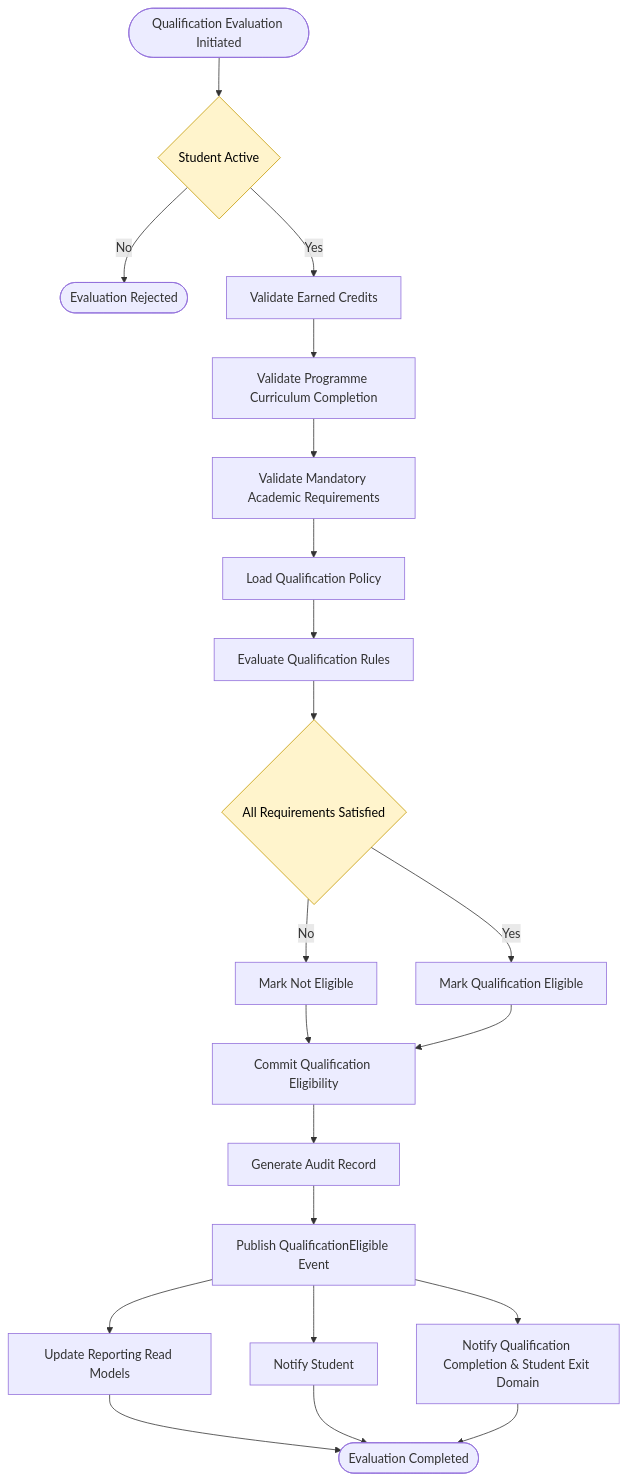
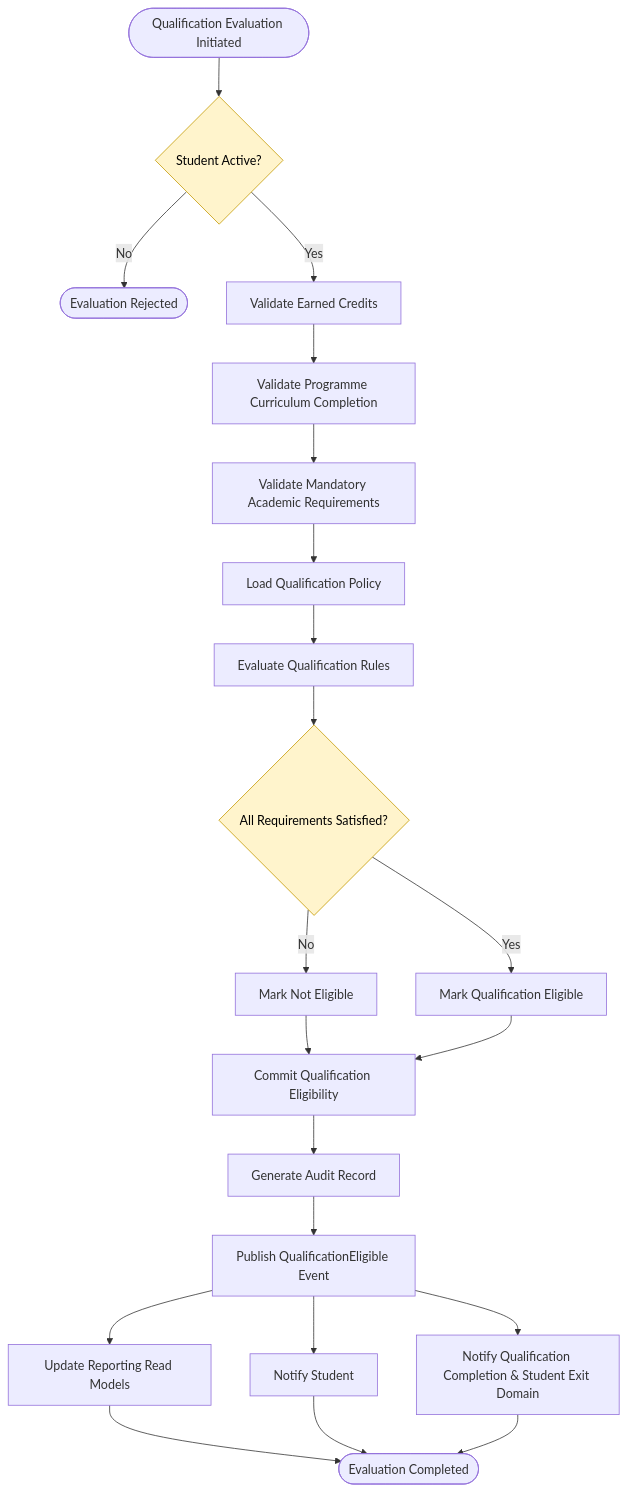
One commit to Varad1604/ERP_hark changed the sixth of 13 diagrams in architecture/L2_Domain_Workflow_Architecture/section-c/L2-C04_Student_Academic_Progression_Workflows.md. Above: the diagram before and after it, drawn with Mermaid. The commit also changed other lines of this file and 39 other files, not shown here.

````diff
--- a/architecture/L2_Domain_Workflow_Architecture/section-c/L2-C04_Student_Academic_Progression_Workflows.md
+++ b/architecture/L2_Domain_Workflow_Architecture/section-c/L2-C04_Student_Academic_Progression_Workflows.md
@@ -5445,77 +5444,77 @@
 ```mermaid
 flowchart TD
 
 %% =====================================================
 %% START
 %% =====================================================
 
 START([Qualification Evaluation Initiated])
 
-START --> STUDENT{Student Active}
+START --> STUDENT{Student Active?}
 
 STUDENT -->|No| END1([Evaluation Rejected])
 
 STUDENT -->|Yes| CREDIT
 
 %% =====================================================
 %% VALIDATIONS
 %% =====================================================
 
 CREDIT[Validate Earned Credits]
 
 CREDIT --> CURRICULUM[Validate Programme Curriculum Completion]
 
 CURRICULUM --> MANDATORY[Validate Mandatory Academic Requirements]
 
 MANDATORY --> POLICY[Load Qualification Policy]
 
 POLICY --> RULES[Evaluate Qualification Rules]
 
 %% =====================================================
 %% DECISION
 %% =====================================================
 
-RULES --> ELIGIBLE{All Requirements Satisfied}
+RULES --> ELIGIBLE{All Requirements Satisfied?}
 
 ELIGIBLE -->|No| NOTELIGIBLE[Mark Not Eligible]
 
 ELIGIBLE -->|Yes| ELIGIBLESTATUS[Mark Qualification Eligible]
 
 %% =====================================================
 %% COMMON PROCESS
 %% =====================================================
 
 NOTELIGIBLE --> COMMIT
 
 ELIGIBLESTATUS --> COMMIT
 
 %% =====================================================
 %% TRANSACTION
 %% =====================================================
 
 COMMIT[Commit Qualification Eligibility]
 
 COMMIT --> AUDIT[Generate Audit Record]
 
 AUDIT --> EVENT[Publish QualificationEligible Event]
 
 EVENT --> REPORTING[Update Reporting Read Models]
 
 EVENT --> NOTIFY[Notify Student]
 
 EVENT --> EXITDOMAIN[Notify Qualification Completion & Student Exit Domain]
 
 REPORTING --> END2([Evaluation Completed])
 
 NOTIFY --> END2
 
 EXITDOMAIN --> END2
 
 %% =====================================================
 %% STYLING
 %% =====================================================
 
 classDef decision fill:#FFF4CC,stroke:#C49A00,color:#000;
 
 class STUDENT,ELIGIBLE decision;
 ```
````
